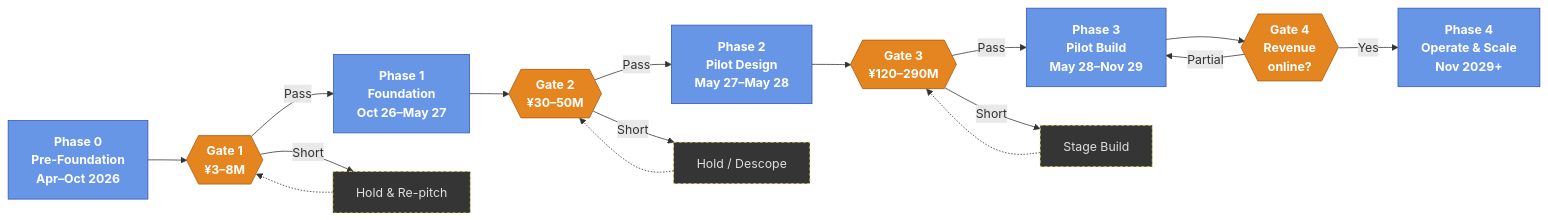
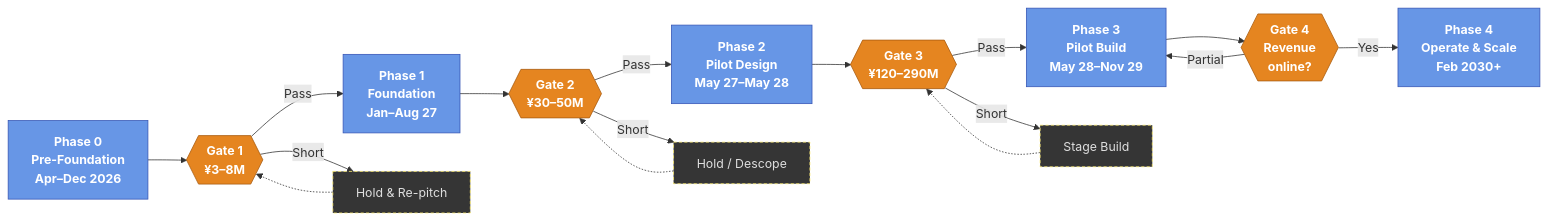
The diagram in README.md (robouden/mitsue-ai-data-center), drawn with Mermaid before and after one commit. The commit also changed other lines of this file and 6 other files, not shown here.

Commit message:
Extend Phase 0 to Dec 2026; shift Phase 1-4 dates ~3 months

````diff
--- a/README.md
+++ b/README.md
@@ -82,38 +82,38 @@
 ```mermaid
 flowchart LR
-    P0["Phase 0<br/>Pre-Foundation<br/>Apr–Oct 2026"]
-    P1["Phase 1<br/>Foundation<br/>Oct 26–May 27"]
+    P0["Phase 0<br/>Pre-Foundation<br/>Apr–Dec 2026"]
+    P1["Phase 1<br/>Foundation<br/>Jan–Aug 27"]
     P2["Phase 2<br/>Pilot Design<br/>May 27–May 28"]
     P3["Phase 3<br/>Pilot Build<br/>May 28–Nov 29"]
-    P4["Phase 4<br/>Operate & Scale<br/>Nov 2029+"]
+    P4["Phase 4<br/>Operate & Scale<br/>Feb 2030+"]
 
     G1{{"Gate 1<br/>¥3–8M"}}
     G2{{"Gate 2<br/>¥30–50M"}}
     G3{{"Gate 3<br/>¥120–290M"}}
     G4{{"Gate 4<br/>Revenue<br/>online?"}}
 
     H1["Hold & Re-pitch"]
     H2["Hold / Descope"]
     H3["Stage Build"]
 
     P0 --> G1
     G1 -->|Pass| P1
     P1 --> G2
     G2 -->|Pass| P2
     P2 --> G3
     G3 -->|Pass| P3
     P3 --> G4
     G4 -->|Yes| P4
 
     G1 -->|Short| H1 -.-> G1
     G2 -->|Short| H2 -.-> G2
     G3 -->|Short| H3 -.-> G3
     G4 -->|Partial| P3
 
     classDef phase fill:#6796e6,stroke:#3655b5,stroke-width:1px,color:#FFFFFF,font-weight:bold
     classDef gate  fill:#e58520,stroke:#A85C10,stroke-width:1px,color:#FFFFFF,font-weight:bold
     classDef hold  fill:#353535,stroke:#FCEB6C,stroke-width:1px,color:#DEDEDE,stroke-dasharray:4 3
     class P0,P1,P2,P3,P4 phase
     class G1,G2,G3,G4 gate
     class H1,H2,H3 hold
 ```
````
